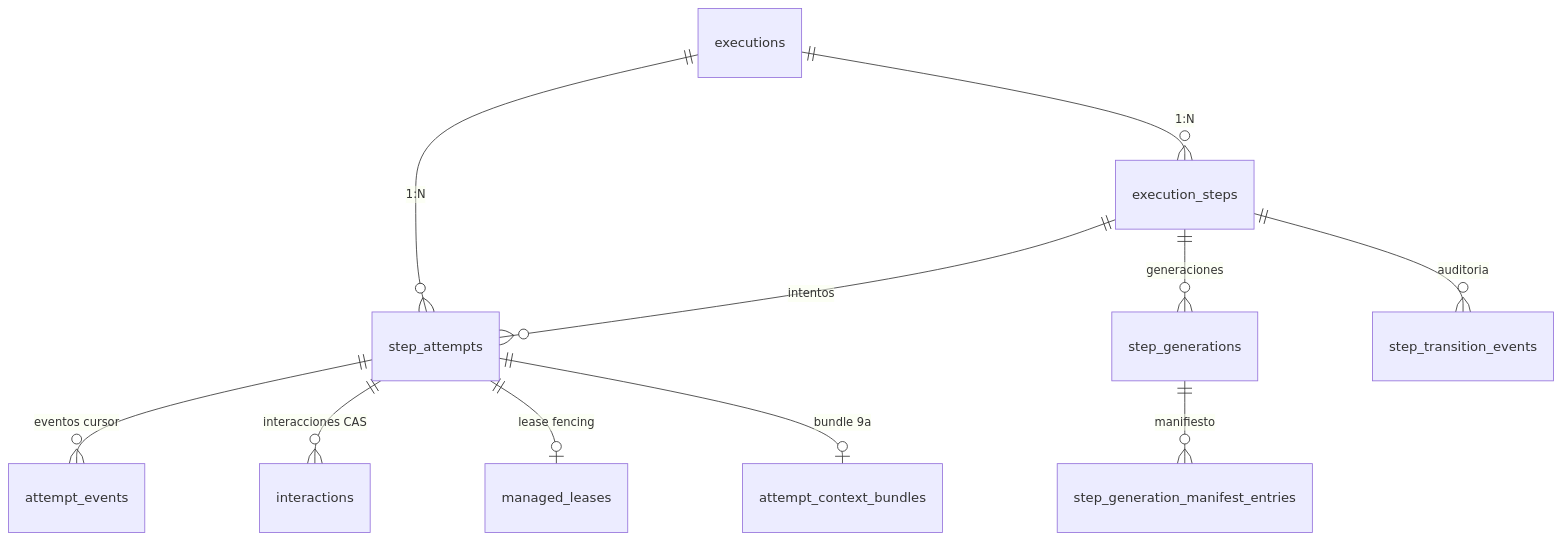
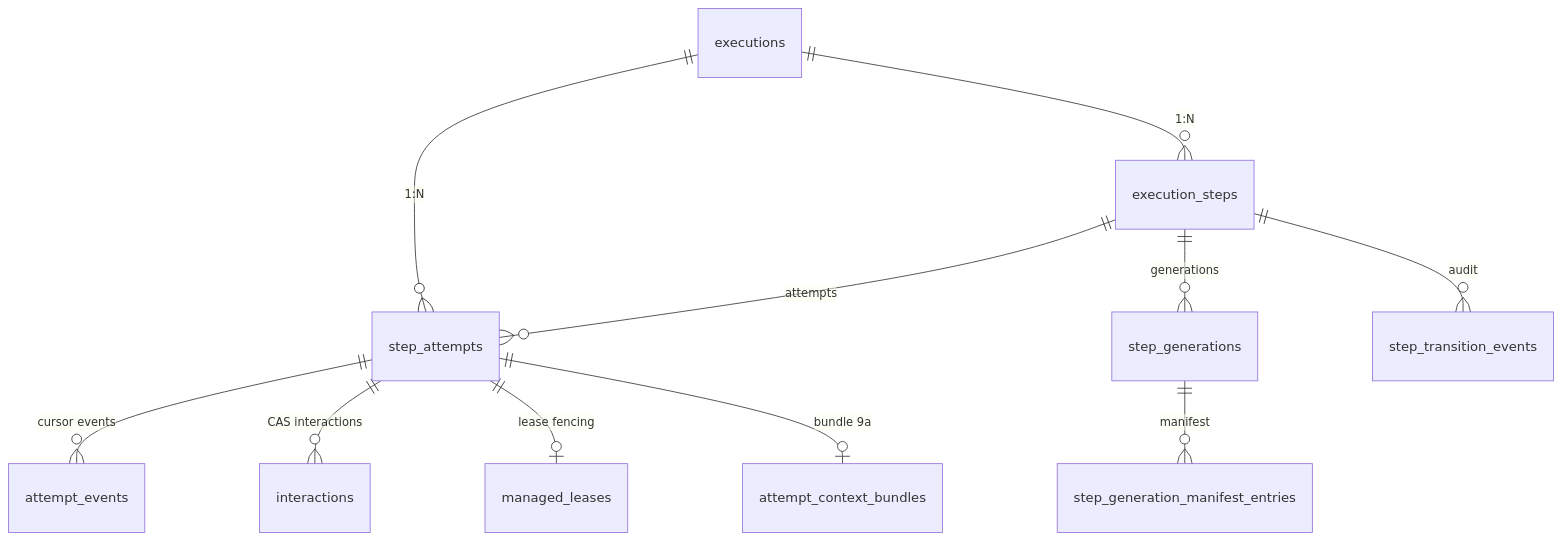
The fourth of 4 diagrams in docs/reference/PROJECT_CONTEXT.md (HectorCortes/haro), drawn with Mermaid before and after one commit. The commit also changed other lines of this file and 2 other files, not shown here.

````diff
--- a/docs/reference/PROJECT_CONTEXT.md
+++ b/docs/reference/PROJECT_CONTEXT.md
@@ -333,13 +333,13 @@
 ```mermaid
 erDiagram
     executions ||--o{ execution_steps : "1:N"
     executions ||--o{ step_attempts : "1:N"
-    execution_steps ||--o{ step_attempts : "intentos"
-    execution_steps ||--o{ step_generations : "generaciones"
-    step_generations ||--o{ step_generation_manifest_entries : "manifiesto"
-    execution_steps ||--o{ step_transition_events : "auditoria"
-    step_attempts ||--o{ attempt_events : "eventos cursor"
-    step_attempts ||--o{ interactions : "interacciones CAS"
+    execution_steps ||--o{ step_attempts : "attempts"
+    execution_steps ||--o{ step_generations : "generations"
+    step_generations ||--o{ step_generation_manifest_entries : "manifest"
+    execution_steps ||--o{ step_transition_events : "audit"
+    step_attempts ||--o{ attempt_events : "cursor events"
+    step_attempts ||--o{ interactions : "CAS interactions"
     step_attempts ||--o| managed_leases : "lease fencing"
     step_attempts ||--o| attempt_context_bundles : "bundle 9a"
 ```
````
